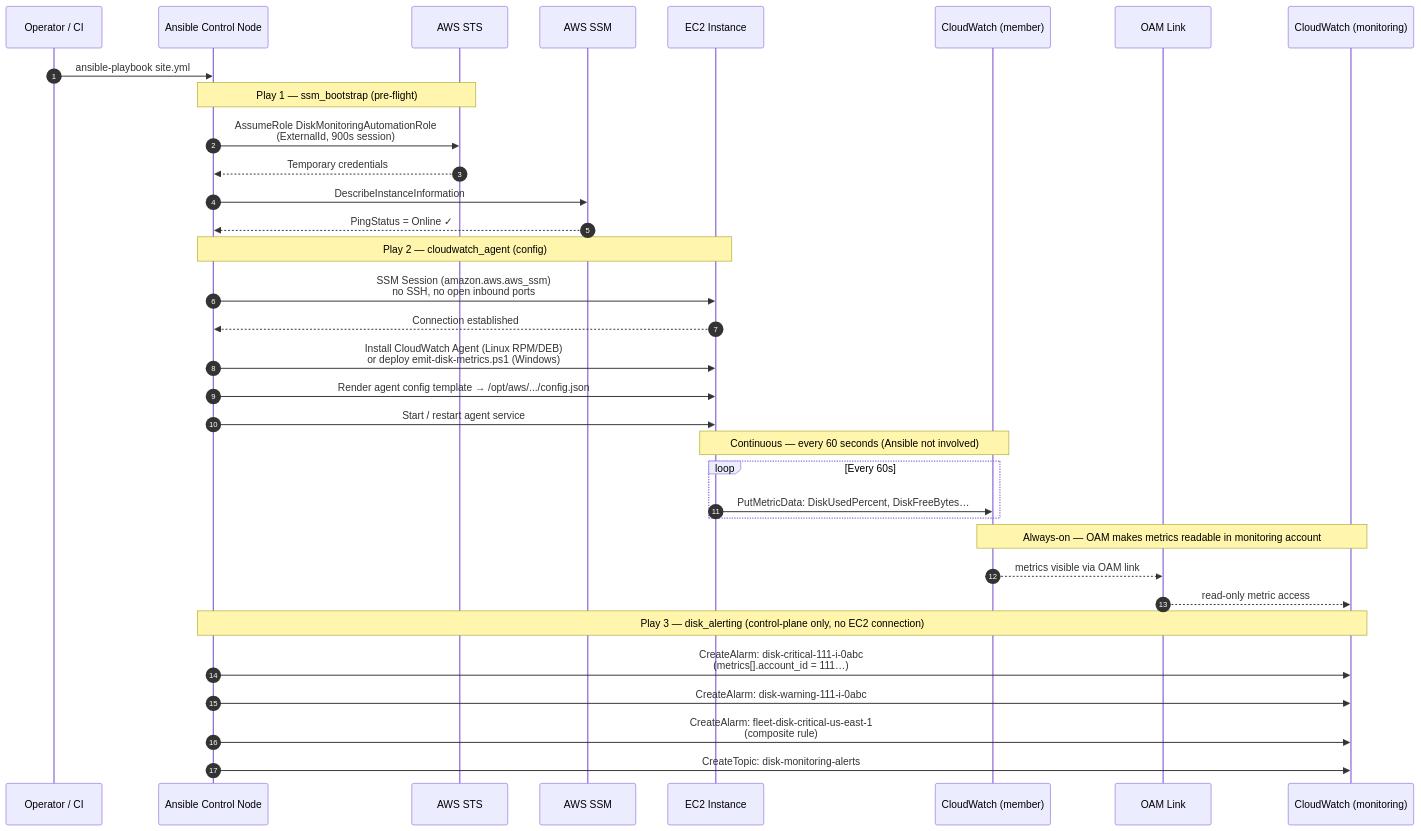
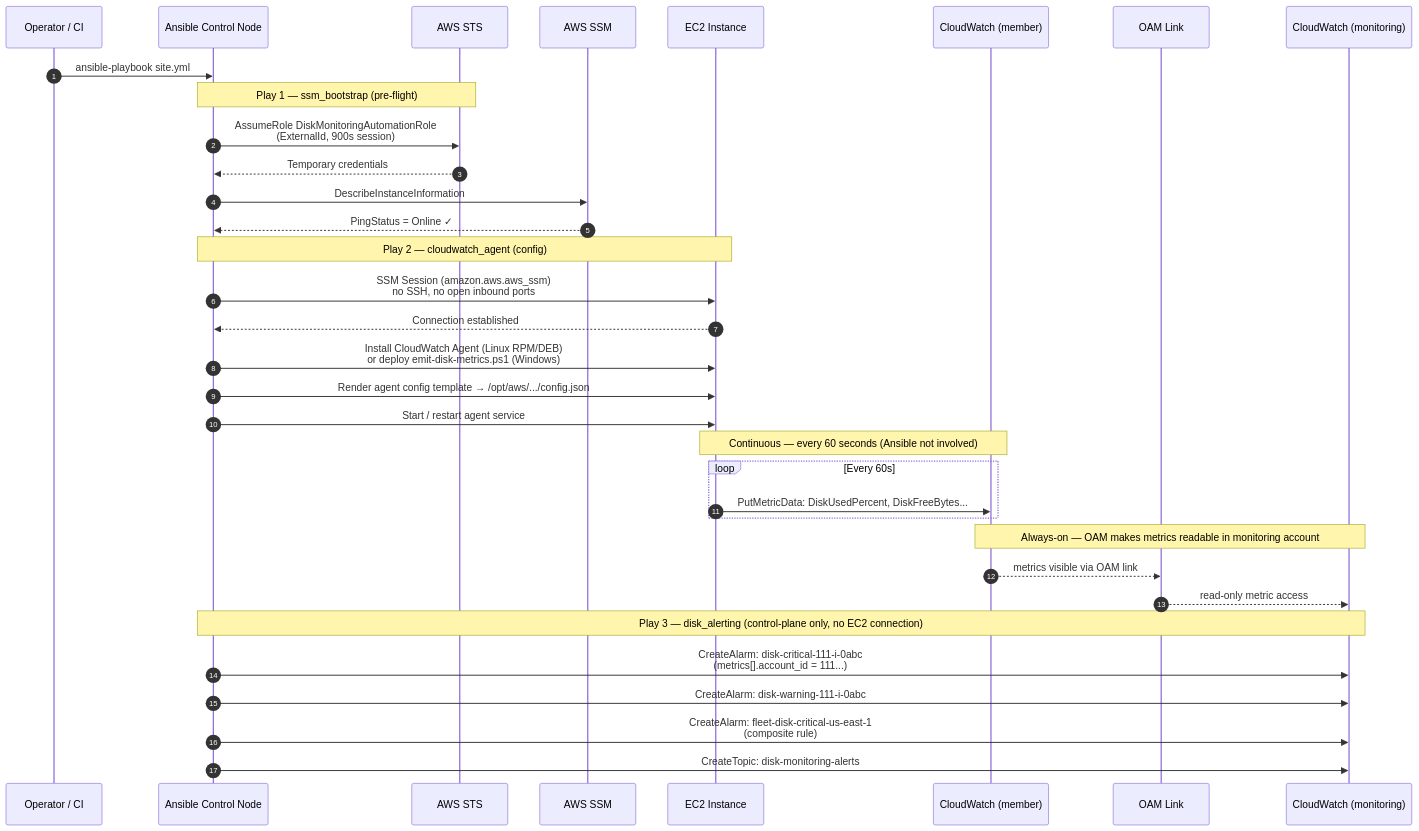
One commit to himanshu8693/aws-disk-monitoring changed the fourth of 6 diagrams in docs/architecture.md. Above: the diagram before and after it, drawn with Mermaid. The commit also changed other lines of this file, not shown here.

First line of the commit message:
Fix Mermaid parse errors in architecture diagrams

````diff
--- a/docs/architecture.md
+++ b/docs/architecture.md
@@ -182,42 +182,42 @@
 ```mermaid
 sequenceDiagram
     autonumber
     participant OPS as Operator / CI
     participant CTL as Ansible Control Node
     participant STS as AWS STS
     participant SSM as AWS SSM
     participant EC2 as EC2 Instance
     participant CW  as CloudWatch (member)
     participant OAM as OAM Link
     participant CWMON as CloudWatch (monitoring)
 
     OPS->>CTL: ansible-playbook site.yml
 
     Note over CTL,STS: Play 1 — ssm_bootstrap (pre-flight)
     CTL->>STS: AssumeRole DiskMonitoringAutomationRole<br/>(ExternalId, 900s session)
     STS-->>CTL: Temporary credentials
     CTL->>SSM: DescribeInstanceInformation
     SSM-->>CTL: PingStatus = Online ✓
 
     Note over CTL,EC2: Play 2 — cloudwatch_agent (config)
     CTL->>EC2: SSM Session (amazon.aws.aws_ssm)<br/>no SSH, no open inbound ports
     EC2-->>CTL: Connection established
     CTL->>EC2: Install CloudWatch Agent (Linux RPM/DEB)<br/>or deploy emit-disk-metrics.ps1 (Windows)
     CTL->>EC2: Render agent config template → /opt/aws/.../config.json
     CTL->>EC2: Start / restart agent service
 
     Note over EC2,CW: Continuous — every 60 seconds (Ansible not involved)
     loop Every 60s
-        EC2->>CW: PutMetricData: DiskUsedPercent, DiskFreeBytes…
+        EC2->>CW: PutMetricData: DiskUsedPercent, DiskFreeBytes...
     end
 
     Note over CW,CWMON: Always-on — OAM makes metrics readable in monitoring account
     CW-->>OAM: metrics visible via OAM link
     OAM-->>CWMON: read-only metric access
 
     Note over CTL,CWMON: Play 3 — disk_alerting (control-plane only, no EC2 connection)
-    CTL->>CWMON: CreateAlarm: disk-critical-111-i-0abc<br/>(metrics[].account_id = 111…)
+    CTL->>CWMON: CreateAlarm: disk-critical-111-i-0abc<br/>(metrics[].account_id = 111...)
     CTL->>CWMON: CreateAlarm: disk-warning-111-i-0abc
     CTL->>CWMON: CreateAlarm: fleet-disk-critical-us-east-1<br/>(composite rule)
     CTL->>CWMON: CreateTopic: disk-monitoring-alerts
 ```
````
